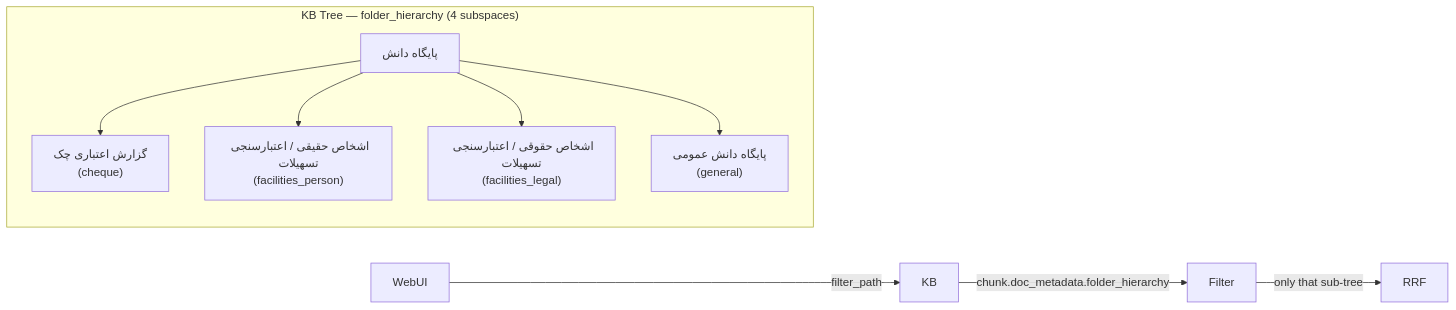
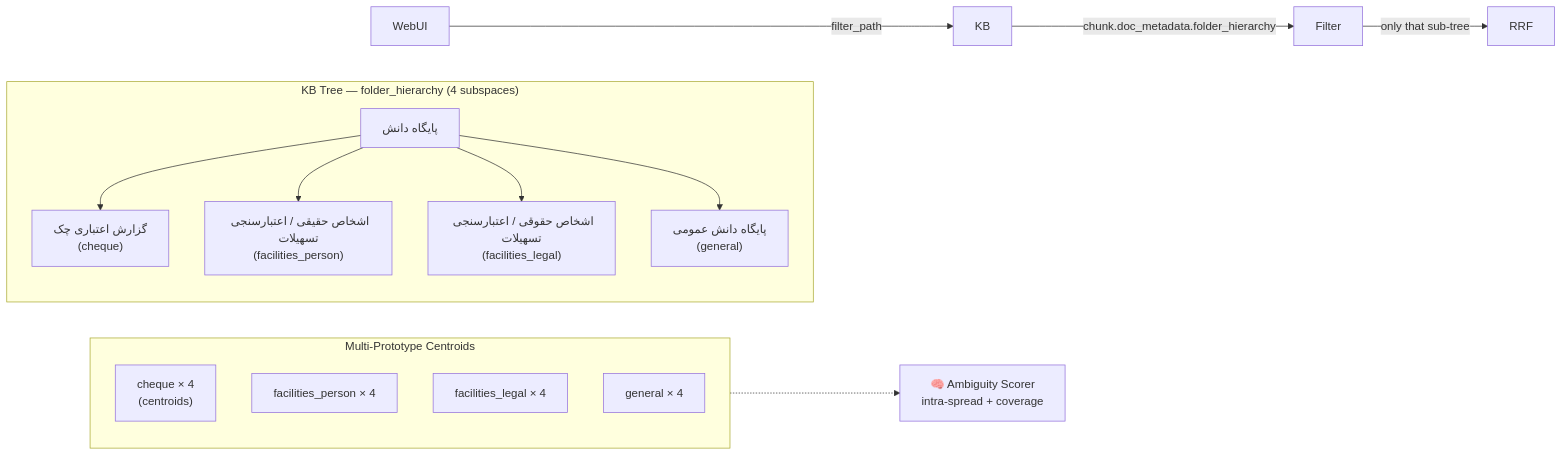
The fourth of 5 diagrams in README.md (AliNikkhah2001/Work_Credit-RAG_Phase1), drawn with Mermaid before and after one commit. The commit also changed other lines of this file, not shown here.

Commit message:
docs: update architecture diagrams + add LiteLLM router section with fallback chains

````diff
--- a/README.md
+++ b/README.md
@@ -551,14 +567,22 @@
 ```mermaid
 flowchart LR
     subgraph KBTree["KB Tree — folder_hierarchy (4 subspaces)"]
         Root["پایگاه دانش"]
         Root --> Cheque["گزارش اعتباری چک\n(cheque)"]
         Root --> FP["اشخاص حقیقی / اعتبارسنجی تسهیلات\n(facilities_person)"]
         Root --> FL["اشخاص حقوقی / اعتبارسنجی تسهیلات\n(facilities_legal)"]
         Root --> Gen["پایگاه دانش عمومی\n(general)"]
     end
 
+    subgraph Proto["Multi-Prototype Centroids"]
+        P1["cheque × 4\n(centroids)"]
+        P2["facilities_person × 4"]
+        P3["facilities_legal × 4"]
+        P4["general × 4"]
+    end
+
     WebUI -- "filter_path" --> KB
     KB -- "chunk.doc_metadata.folder_hierarchy" --> Filter
     Filter -- "only that sub-tree" --> RRF
+    Proto -.-> Ambiguity["🧠 Ambiguity Scorer\nintra-spread + coverage"]
 ```
````
